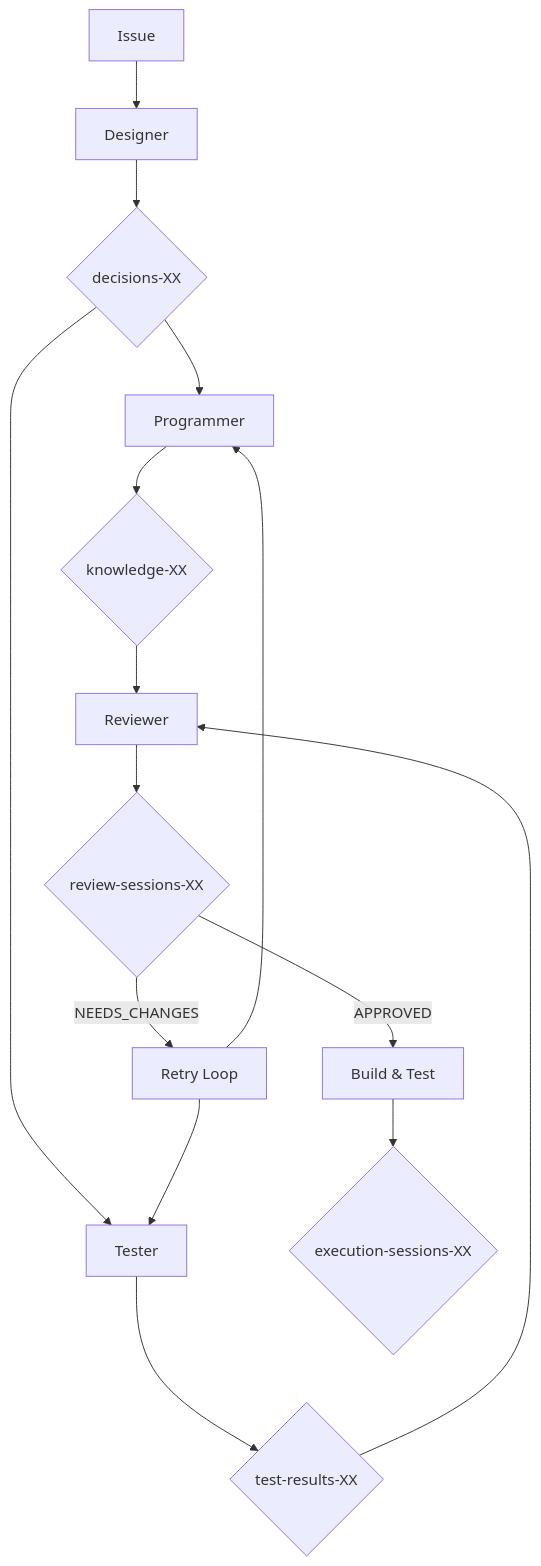
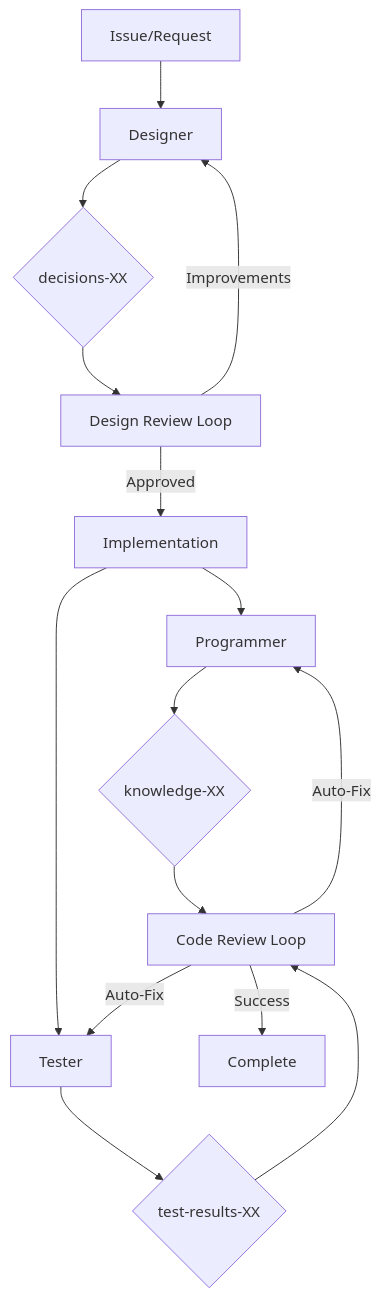
One commit to ShirokumaLibrary/mcp-knowledge-base changed the diagram in .claude/commands/ai-go.md. Above: the diagram before and after it, drawn with Mermaid. The commit also changed other lines of this file and 4 other files, not shown here.

````diff
--- a/.claude/commands/ai-go.md
+++ b/.claude/commands/ai-go.md
@@ -174,22 +126,22 @@
 ```mermaid
 graph TB
-    A[Issue] --> B[Designer]
+    A[Issue/Request] --> B[Designer]
     B --> C{decisions-XX}
     
-    C --> D[Programmer]
-    C --> E[Tester]
+    C --> D[Design Review Loop]
+    D --> |Improvements| B
+    D --> |Approved| E[Implementation]
     
-    D --> F{knowledge-XX}
-    E --> G{test-results-XX}
+    E --> F[Programmer]
+    E --> G[Tester]
     
-    F --> H[Reviewer]
-    G --> H
+    F --> H{knowledge-XX}
+    G --> I{test-results-XX}
     
-    H --> I{review-sessions-XX}
-    I --> |APPROVED| J[Build & Test]
-    I --> |NEEDS_CHANGES| K[Retry Loop]
-    K --> D
-    K --> E
+    H --> J[Code Review Loop]
+    I --> J
     
-    J --> L{execution-sessions-XX}
+    J --> |Auto-Fix| F
+    J --> |Auto-Fix| G
+    J --> |Success| K[Complete]
 ```
````
